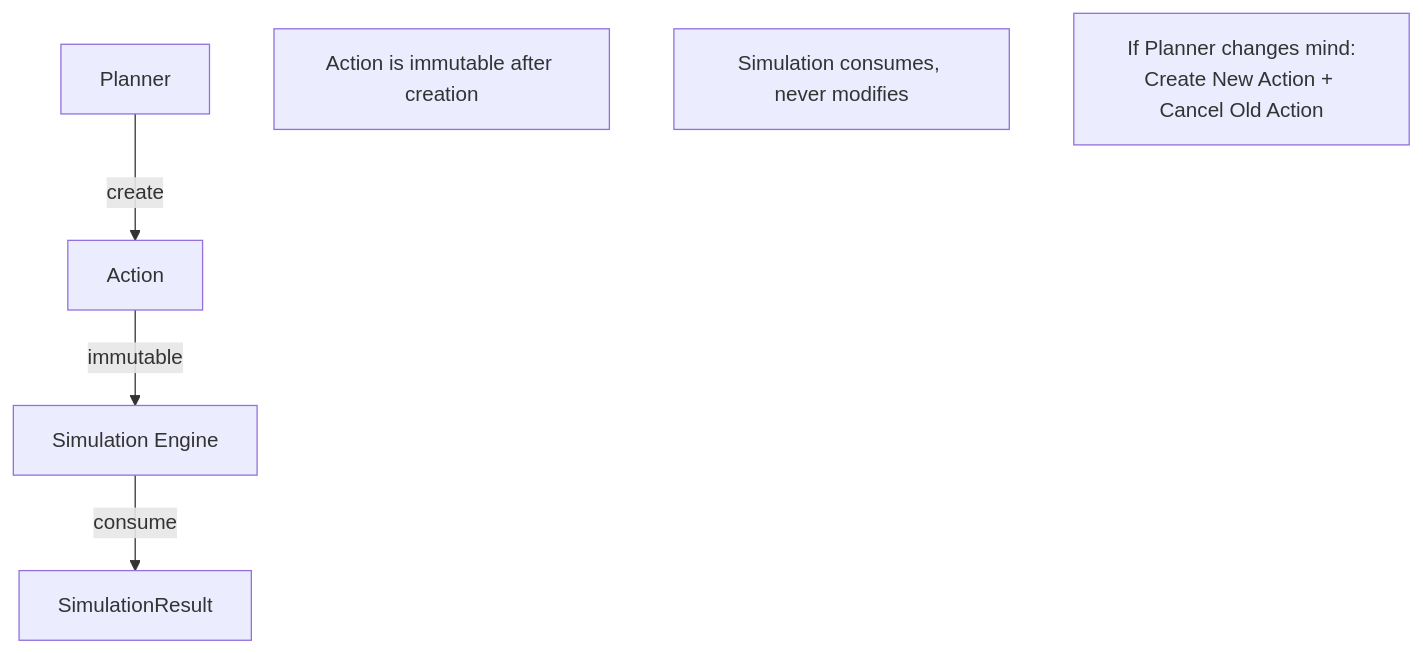
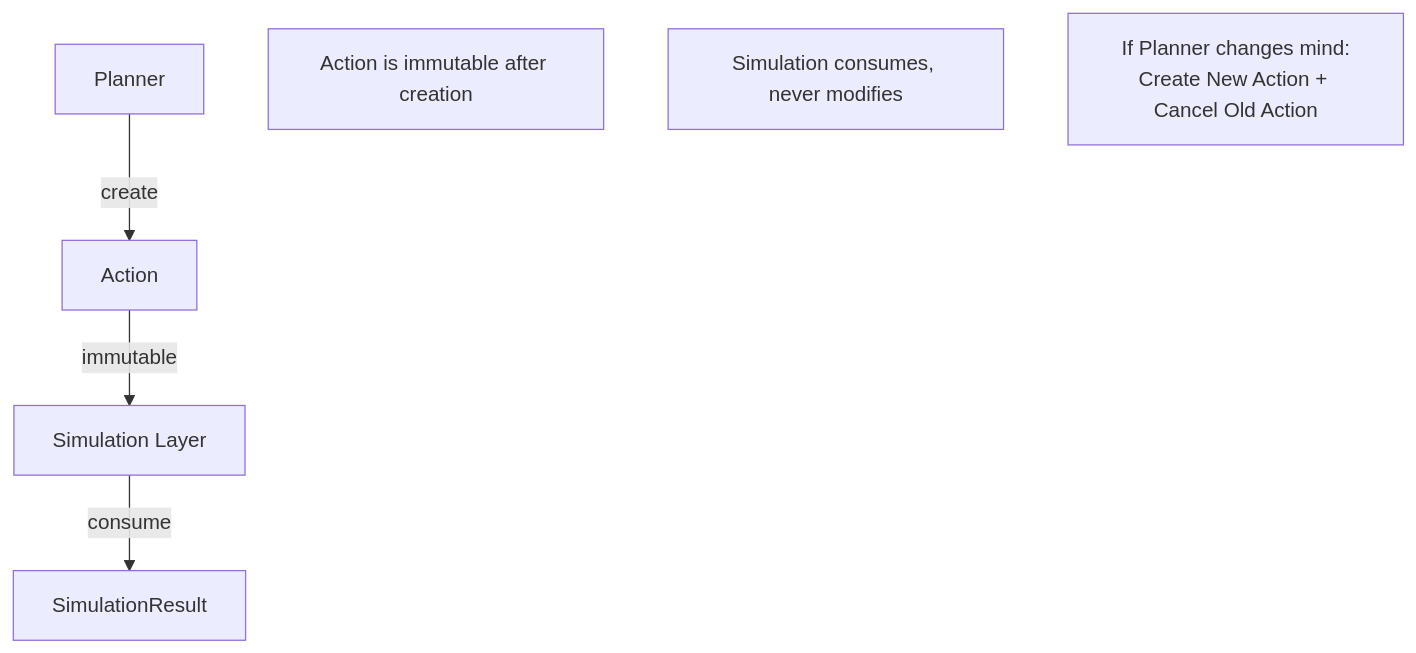
Before and after one commit to yueseyeyu/ai-narrative-rpg-engine: the first of 4 diagrams in docs/03_Data/Action_Object_Schema.md, drawn with Mermaid. The commit also changed other lines of this file, not shown here.

````diff
--- a/docs/03_Data/Action_Object_Schema.md
+++ b/docs/03_Data/Action_Object_Schema.md
@@ -104,10 +115,10 @@
 ```mermaid
 flowchart TD
     PLN[Planner] -->|create| ACT[Action]
-    ACT -->|immutable| SIM[Simulation Engine]
+    ACT -->|immutable| SIM[Simulation Layer]
     SIM -->|consume| SR[SimulationResult]
 
     note1["Action is immutable after creation"]
     note2["Simulation consumes, never modifies"]
     note3["If Planner changes mind:\nCreate New Action + Cancel Old Action"]
 ```
````
